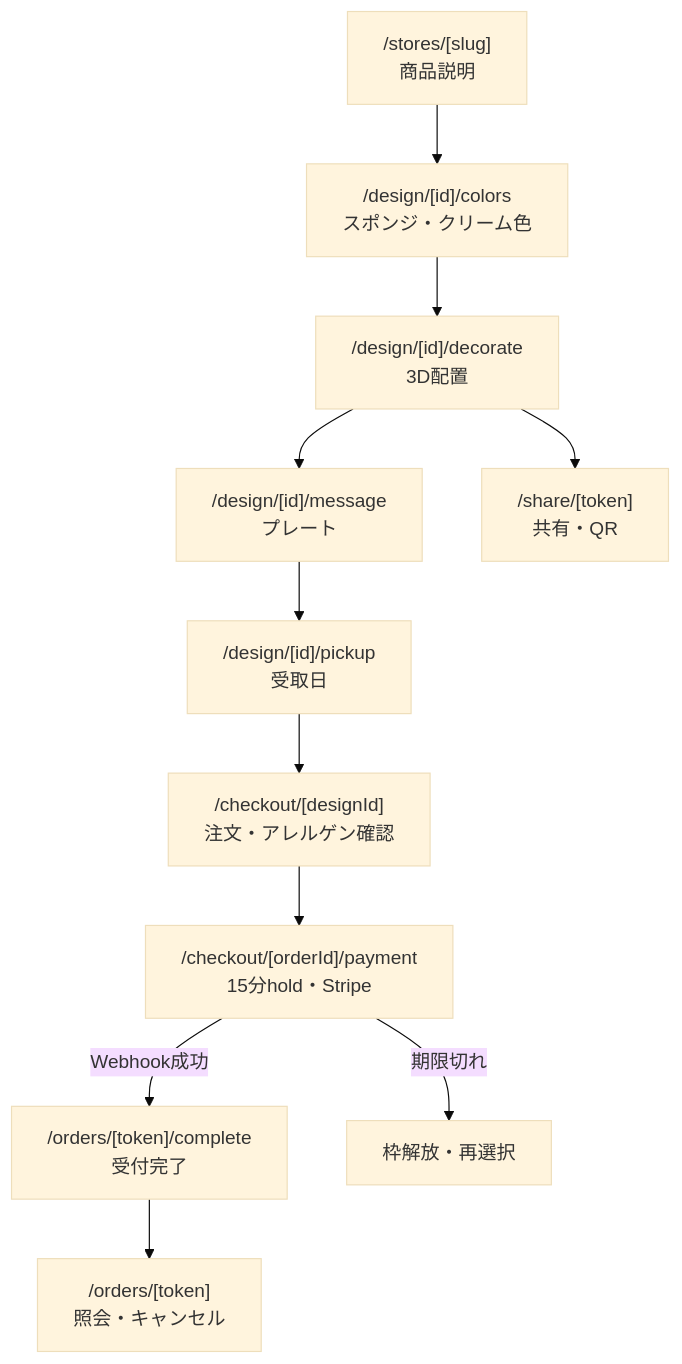
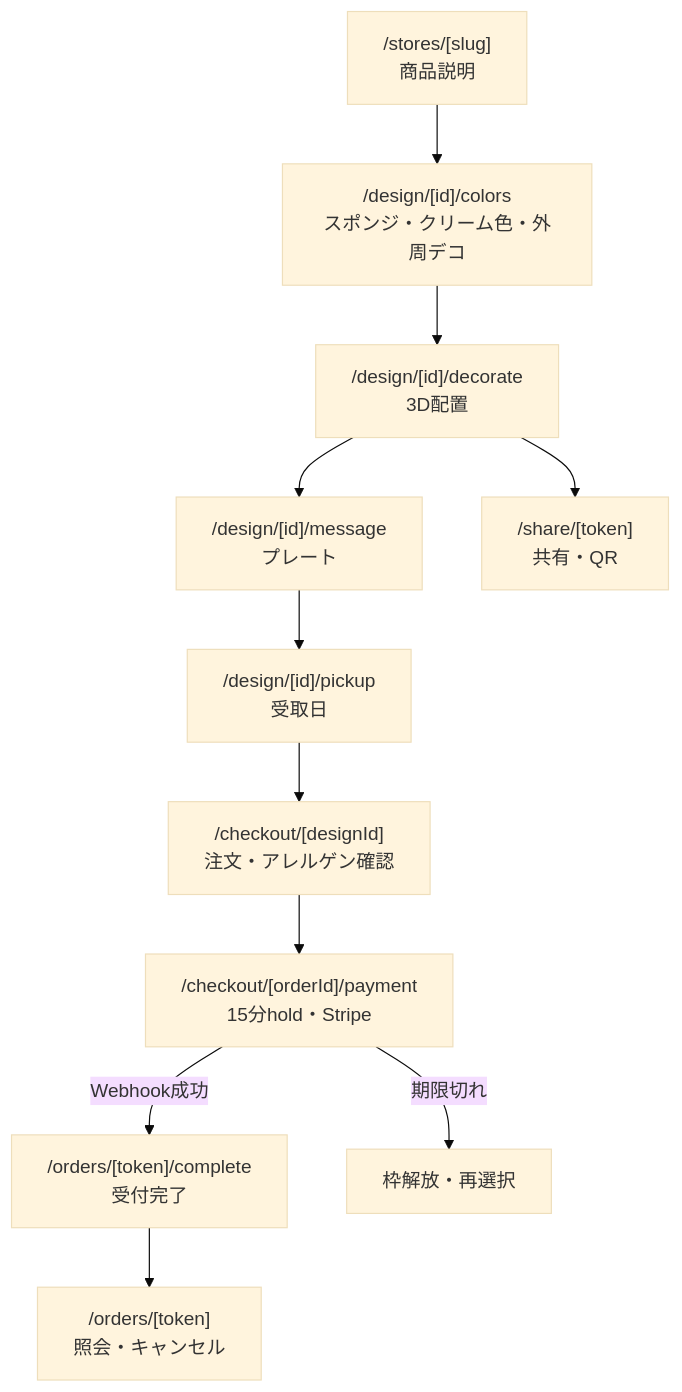
One commit to fruehlingstee/HEW_2026 changed the first of 3 diagrams in plan/issue-reference/07-screen-flow.md. Above: the diagram before and after it, drawn with Mermaid (base theme). The commit also changed other lines of this file and 8 other files, not shown here.

````diff
--- a/plan/issue-reference/07-screen-flow.md
+++ b/plan/issue-reference/07-screen-flow.md
@@ -7,13 +7,13 @@
 ```mermaid
 flowchart TD
-    A["/stores/[slug]<br>商品説明"] --> B["/design/[id]/colors<br>スポンジ・クリーム色"]
+    A["/stores/[slug]<br>商品説明"] --> B["/design/[id]/colors<br>スポンジ・クリーム色・外周デコ"]
     B --> C["/design/[id]/decorate<br>3D配置"]
     C --> D["/design/[id]/message<br>プレート"]
     D --> E["/design/[id]/pickup<br>受取日"]
     E --> F["/checkout/[designId]<br>注文・アレルゲン確認"]
     F --> G["/checkout/[orderId]/payment<br>15分hold・Stripe"]
     G -->|Webhook成功| H["/orders/[token]/complete<br>受付完了"]
     G -->|期限切れ| X["枠解放・再選択"]
     H --> I["/orders/[token]<br>照会・キャンセル"]
     C --> S["/share/[token]<br>共有・QR"]
 ```
````
